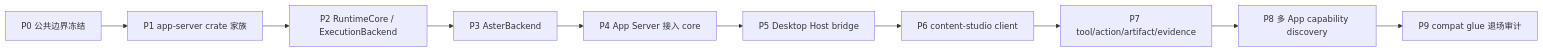
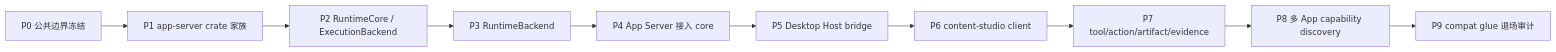
Before and after one commit to jiujuan/lime: the fourth of 9 diagrams in internal/roadmap/appserver/flowcharts.md, drawn with Mermaid. The commit also changed other lines of this file and 975 other files, not shown here.

````diff
--- a/internal/roadmap/appserver/flowcharts.md
+++ b/internal/roadmap/appserver/flowcharts.md
@@ -69,12 +69,12 @@
 ```mermaid
 flowchart LR
     P0["P0 公共边界冻结"] --> P1["P1 app-server crate 家族"]
     P1 --> P2["P2 RuntimeCore / ExecutionBackend"]
-    P2 --> P3["P3 AsterBackend"]
+    P2 --> P3["P3 RuntimeBackend"]
     P3 --> P4["P4 App Server 接入 core"]
     P4 --> P5["P5 Desktop Host bridge"]
     P5 --> P6["P6 content-studio client"]
     P6 --> P7["P7 tool/action/artifact/evidence"]
     P7 --> P8["P8 多 App capability discovery"]
     P8 --> P9["P9 compat glue 退场审计"]
 ```
````
